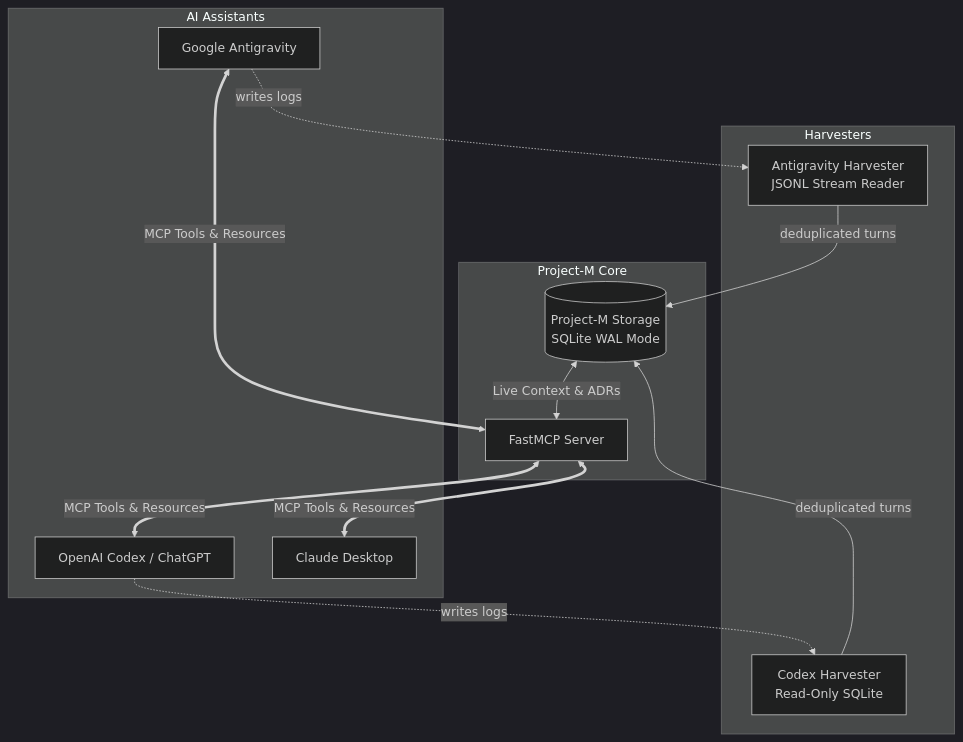
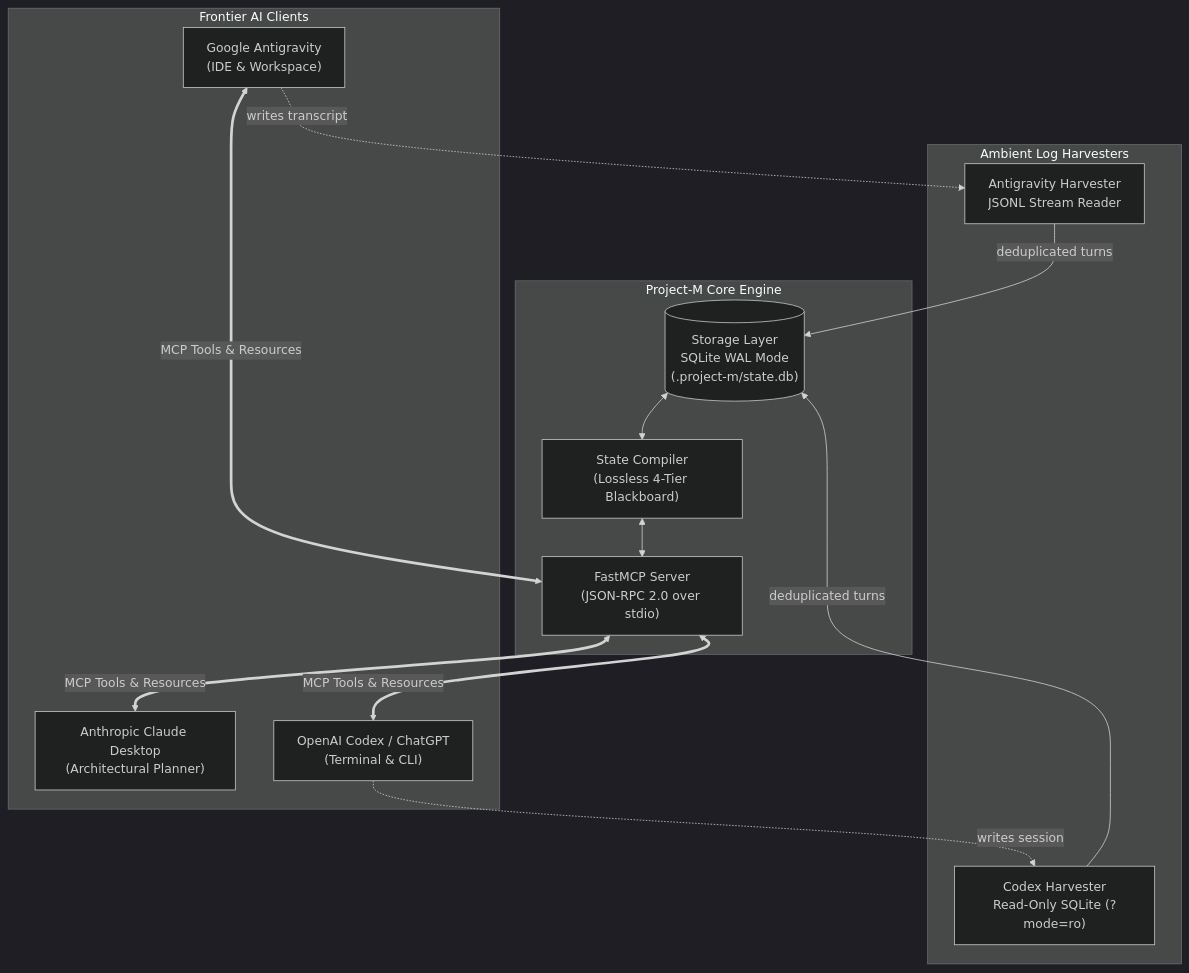
One commit to adityadebnath009/Project-M changed the diagram in README.md. Above: the diagram before and after it, drawn with Mermaid (dark theme). The commit also changed other lines of this file, not shown here.

````diff
--- a/README.md
+++ b/README.md
@@ -29,25 +59,27 @@
 ```mermaid
 flowchart TD
-    subgraph AI Assistants
-        A[Google Antigravity]
-        B[OpenAI Codex / ChatGPT]
-        C[Claude Desktop]
+    subgraph AI Clients ["Frontier AI Clients"]
+        A["Google Antigravity<br/>(IDE & Workspace)"]
+        B["Anthropic Claude Desktop<br/>(Architectural Planner)"]
+        C["OpenAI Codex / ChatGPT<br/>(Terminal & CLI)"]
     end
 
-    subgraph Harvesters
-        H1[Antigravity Harvester<br/>JSONL Stream Reader]
-        H2[Codex Harvester<br/>Read-Only SQLite]
+    subgraph Harvesters ["Ambient Log Harvesters"]
+        H1["Antigravity Harvester<br/>JSONL Stream Reader"]
+        H2["Codex Harvester<br/>Read-Only SQLite (?mode=ro)"]
     end
 
-    subgraph Project-M Core
-        DB[(Project-M Storage<br/>SQLite WAL Mode)]
-        MCP[FastMCP Server]
+    subgraph Core ["Project-M Core Engine"]
+        DB[("Storage Layer<br/>SQLite WAL Mode<br/>(.project-m/state.db)")]
+        COMP["State Compiler<br/>(Lossless 4-Tier Blackboard)"]
+        SERVER["FastMCP Server<br/>(JSON-RPC 2.0 over stdio)"]
     end
 
-    A -. writes logs .-> H1 -->|deduplicated turns| DB
-    B -. writes logs .-> H2 -->|deduplicated turns| DB
-    DB <-->|Live Context & ADRs| MCP
-    MCP <==>|MCP Tools & Resources| C
-    MCP <==>|MCP Tools & Resources| A
-    MCP <==>|MCP Tools & Resources| B
+    A -. writes transcript .-> H1 -->|deduplicated turns| DB
+    C -. writes session .-> H2 -->|deduplicated turns| DB
+    DB <--> COMP
+    COMP <--> SERVER
+    SERVER <==>|MCP Tools & Resources| B
+    SERVER <==>|MCP Tools & Resources| A
+    SERVER <==>|MCP Tools & Resources| C
 ```
````
